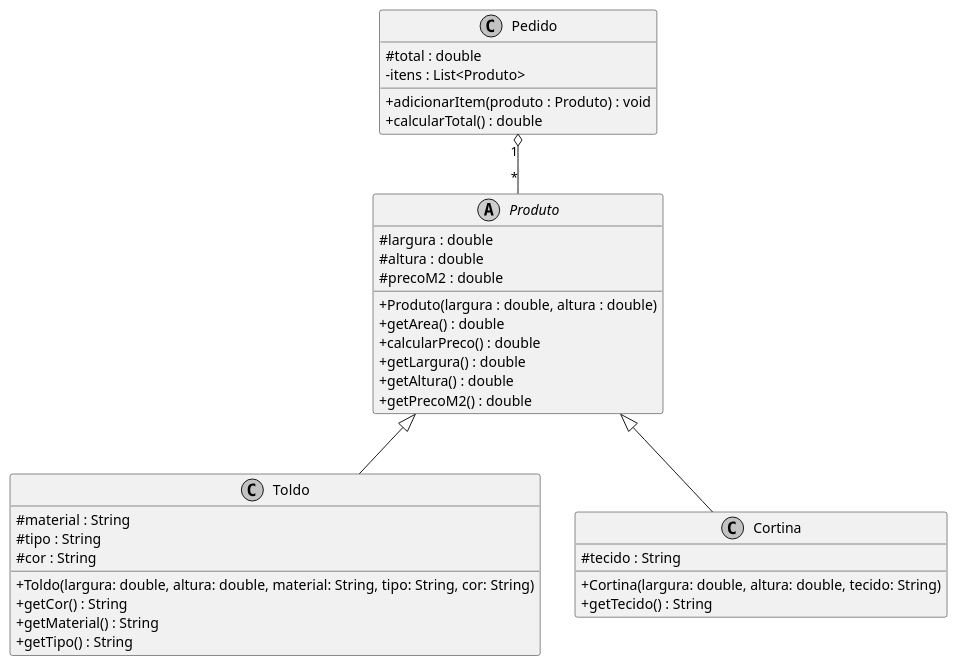
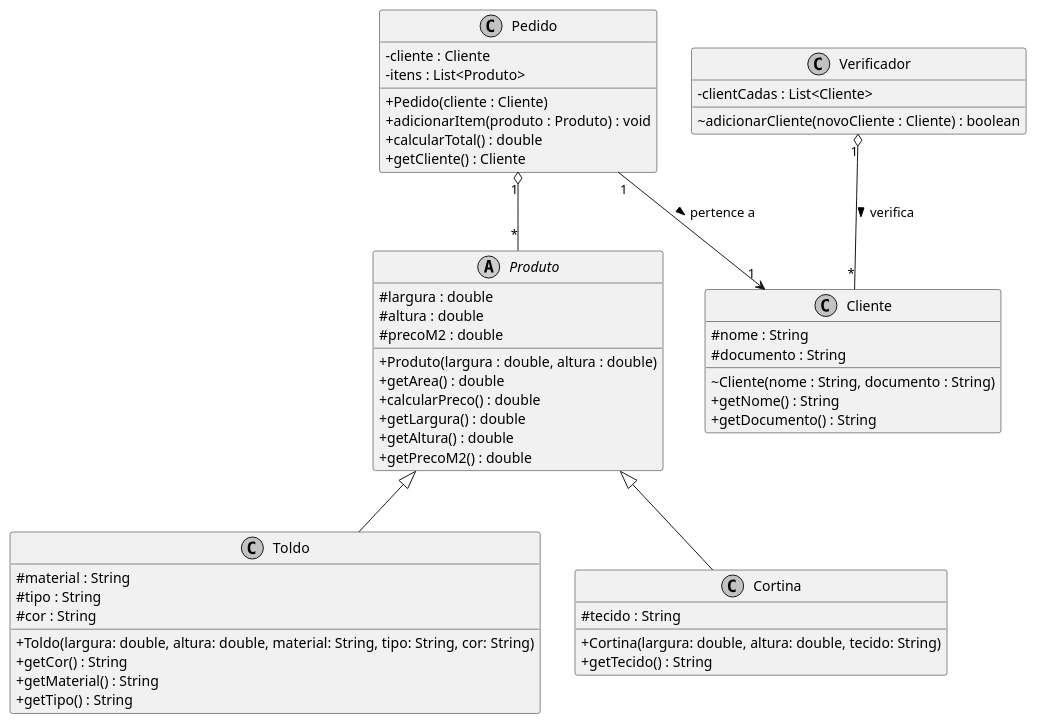
The first of 2 diagrams in README.md (poo-ec-2026-1/g4), drawn with PlantUML before and after one commit. The commit also changed other lines of this file, not shown here.

````diff
--- a/README.md
+++ b/README.md
@@ -63,45 +64,62 @@
 ```plantuml
 @startuml
 skinparam classAttributeIconSize 0
 skinparam monochrome true
 
 abstract class Produto {
     # largura : double
     # altura : double
     # precoM2 : double
     + Produto(largura : double, altura : double)
     + getArea() : double
     + calcularPreco() : double
     + getLargura() : double
     + getAltura() : double
     + getPrecoM2() : double
 }
 
 class Toldo {
     # material : String
     # tipo : String
     # cor : String
     + Toldo(largura: double, altura: double, material: String, tipo: String, cor: String)
     + getCor() : String
     + getMaterial() : String
     + getTipo() : String
 }
 
 class Cortina {
     # tecido : String
     + Cortina(largura: double, altura: double, tecido: String)
     + getTecido() : String
 }
 
 class Pedido {
-    # total : double
+    - cliente : Cliente
     - itens : List<Produto>
+    + Pedido(cliente : Cliente)
     + adicionarItem(produto : Produto) : void
     + calcularTotal() : double
+    + getCliente() : Cliente
+}
+
+class Cliente {
+    # nome : String
+    # documento : String
+    ~ Cliente(nome : String, documento : String)
+    + getNome() : String
+    + getDocumento() : String
+}
+
+class Verificador {
+    - clientCadas : List<Cliente>
+    ~ adicionarCliente(novoCliente : Cliente) : boolean
 }
 
 Produto <|-- Toldo
 Produto <|-- Cortina
 Pedido "1" o-- "*" Produto
+Pedido "1" --> "1" Cliente : pertence a >
+Verificador "1" o-- "*" Cliente : verifica >
 @enduml
 ```
````
